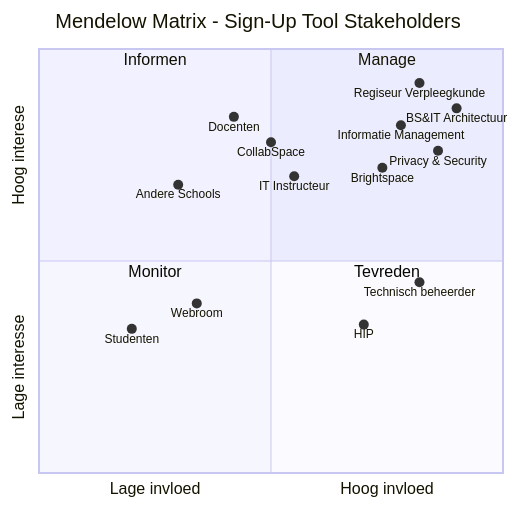
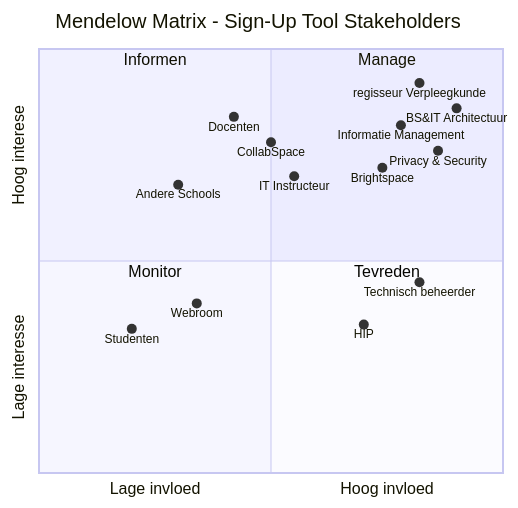
The diagram in documents/analyseverslag/assets/diagrams/mendelow_matrix.mmd (thedidymen/hanze-afstuderen), drawn with Mermaid before and after one commit. The commit also changed 12 other files, not shown here.

```diff
--- a/documents/analyseverslag/assets/diagrams/mendelow_matrix.mmd
+++ b/documents/analyseverslag/assets/diagrams/mendelow_matrix.mmd
@@ -1,21 +1,21 @@
 quadrantChart
     title Mendelow Matrix - Sign-Up Tool Stakeholders
     x-axis Lage invloed --> Hoog invloed
     y-axis Lage interesse --> Hoog interese
     quadrant-1 Manage
     quadrant-2 Informen
     quadrant-3 Monitor
     quadrant-4 Tevreden
-    "Regiseur Verpleegkunde": [0.82, 0.92]
+    "regisseur Verpleegkunde": [0.82, 0.92]
     "BS&IT Architectuur": [0.90, 0.86]
     "Informatie Management": [0.78, 0.82]
     "Privacy & Security": [0.86, 0.76]
     "Brightspace": [0.74, 0.72]
     "Technisch beheerder": [0.82, 0.45]
     "HIP": [0.70, 0.35]
     "Docenten": [0.42, 0.84]
     "Studenten": [0.20, 0.34]
     "IT Instructeur": [0.55, 0.70]
     "CollabSpace": [0.50, 0.78]
     "Andere Schools": [0.30, 0.68]
     "Webroom": [0.34, 0.40]
```
